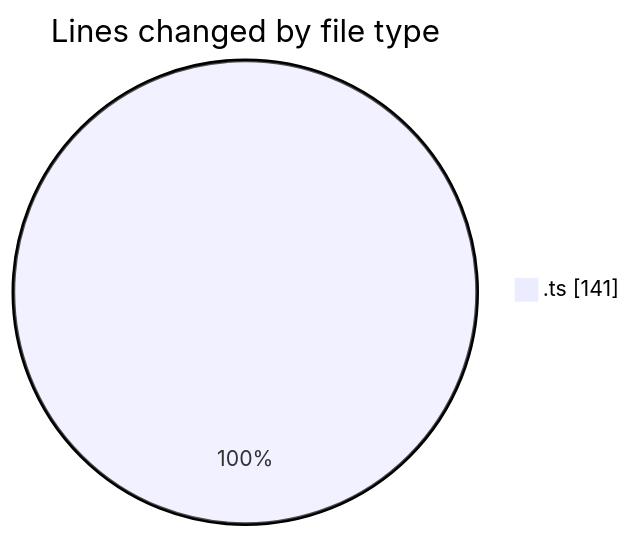
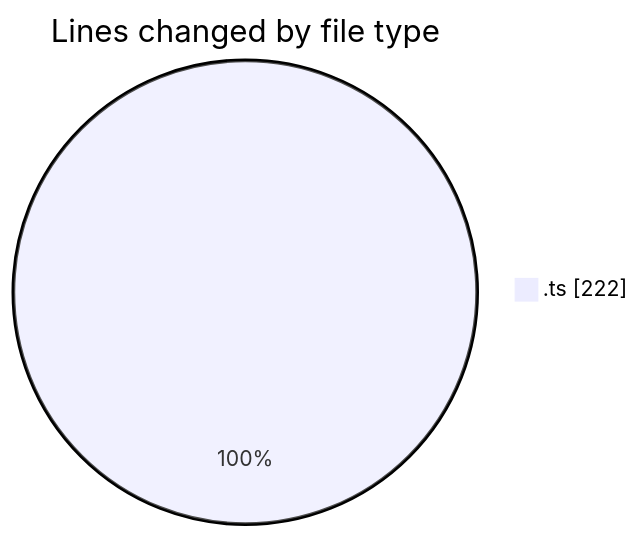
The first of 2 diagrams in 2026-02-07/singularitybrainai/README.md (tmsrecording-cyber/code-tracking), drawn with Mermaid before and after one commit. The commit also changed other lines of this file and 1 other file, not shown here.

````diff
--- a/2026-02-07/singularitybrainai/README.md
+++ b/2026-02-07/singularitybrainai/README.md
@@ -20,5 +21,5 @@
 ```mermaid
 pie showData
 title Lines changed by file type
-".ts" : 141
+".ts" : 222
 ```
````
